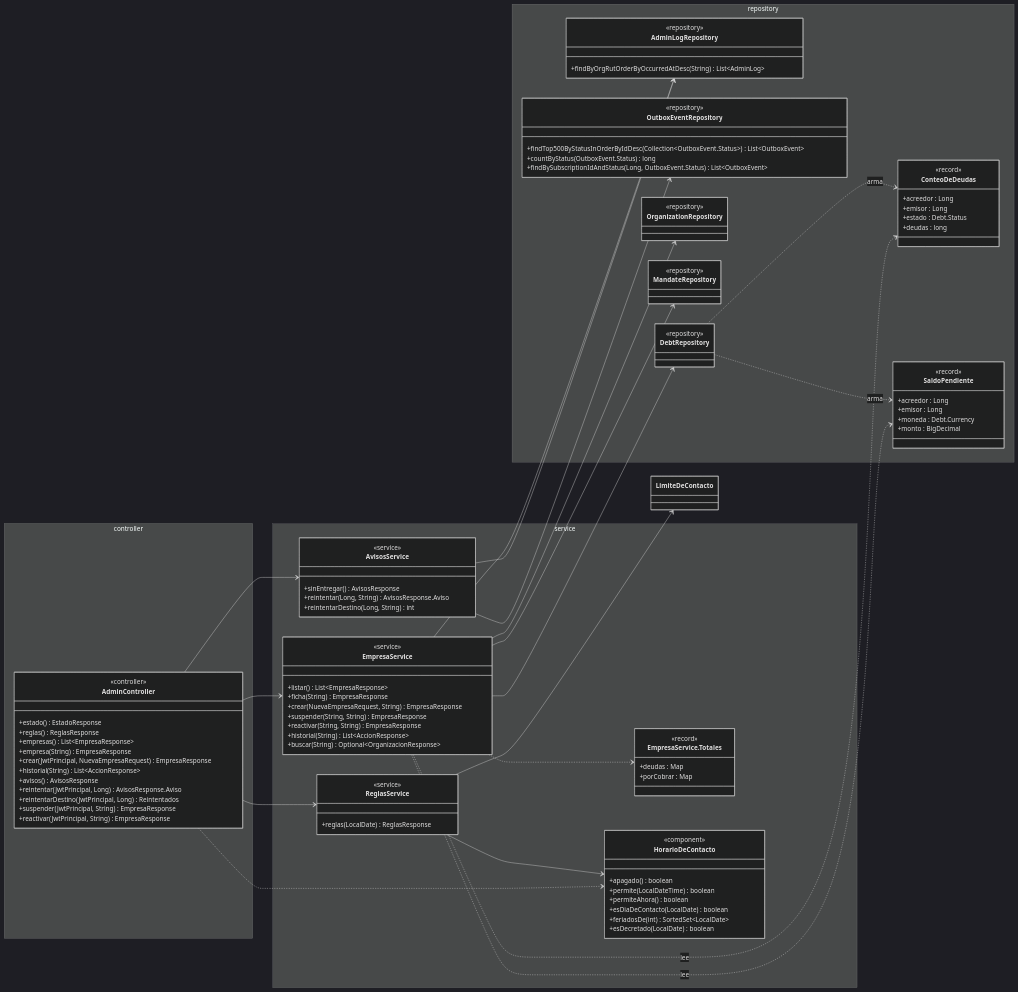
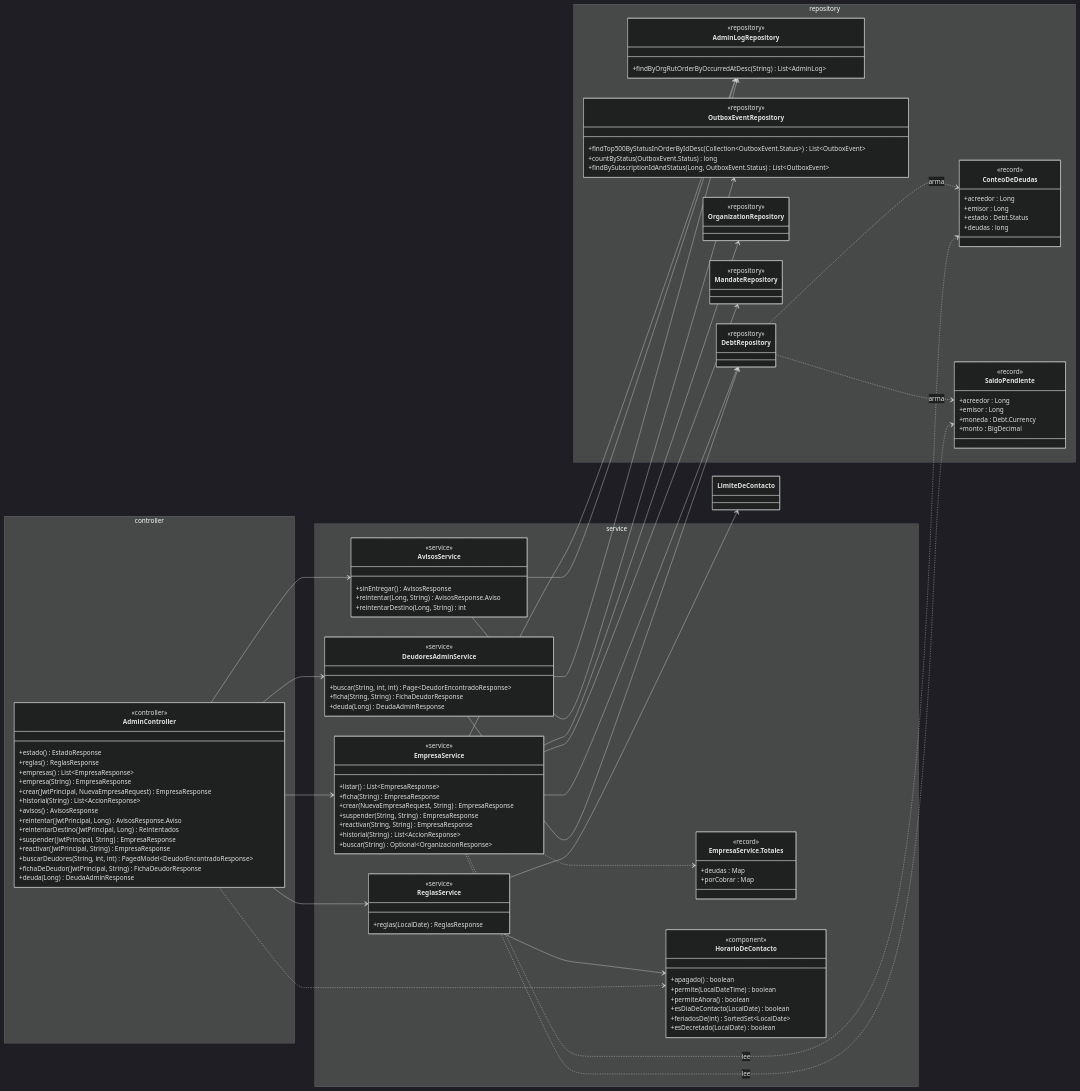
One commit to TechnicalBridge/DataBridge changed the tenth of 18 diagrams in docs/diagramas/clases.md. Above: the diagram before and after it, drawn with Mermaid (dark theme). The commit also changed other lines of this file and 27 other files, not shown here.

```diff
--- a/docs/diagramas/clases.md
+++ b/docs/diagramas/clases.md
@@ -1880,9 +1880,18 @@
             +reintentarDestino(JwtPrincipal, Long) Reintentados
             +suspender(JwtPrincipal, String) EmpresaResponse
             +reactivar(JwtPrincipal, String) EmpresaResponse
+            +buscarDeudores(String, int, int) PagedModel~DeudorEncontradoResponse~
+            +fichaDeDeudor(JwtPrincipal, String) FichaDeudorResponse
+            +deuda(Long) DeudaAdminResponse
         }
     }
     namespace service {
+        class DeudoresAdminService {
+            <<service>>
+            +buscar(String, int, int) Page~DeudorEncontradoResponse~
+            +ficha(String, String) FichaDeudorResponse
+            +deuda(Long) DeudaAdminResponse
+        }
         class AvisosService {
             <<service>>
             +sinEntregar() AvisosResponse
@@ -1958,6 +1967,9 @@
     AdminController --> ReglasService
     AdminController --> AvisosService
     AdminController ..> HorarioDeContacto
+    AdminController --> DeudoresAdminService
+    DeudoresAdminService --> DebtRepository
+    DeudoresAdminService --> AdminLogRepository
     AvisosService --> OutboxEventRepository
     AvisosService --> AdminLogRepository
     EmpresaService --> OrganizationRepository
```
